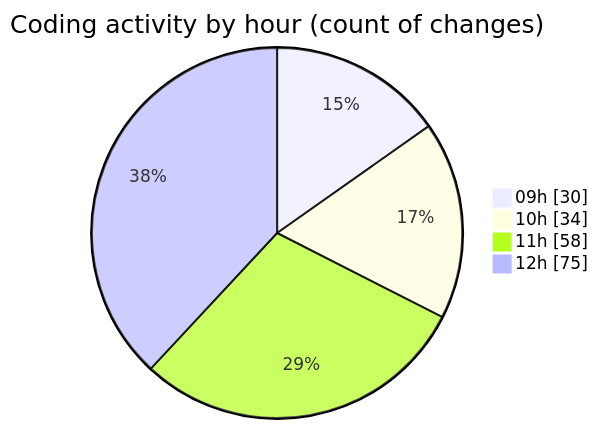
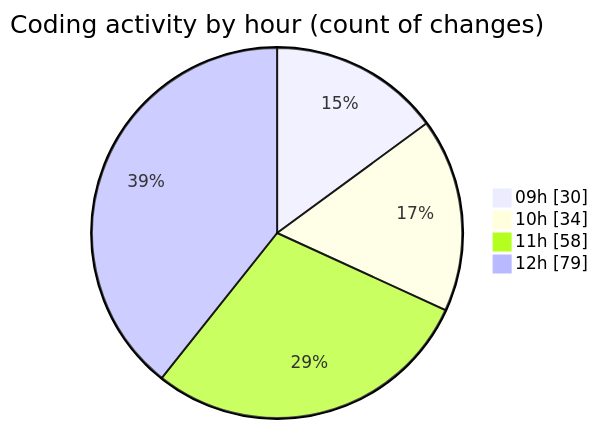
Before and after one commit to momahboobian/code-tracking: the second of 2 diagrams in 2025-04-02/cda/README.md, drawn with Mermaid. The commit also changed other lines of this file and 1 other file, not shown here.

````diff
--- a/2025-04-02/cda/README.md
+++ b/2025-04-02/cda/README.md
@@ -36,8 +36,8 @@
 ```mermaid
 pie showData
 title Coding activity by hour (count of changes)
 "09h" : 30
 "10h" : 34
 "11h" : 58
-"12h" : 75
+"12h" : 79
 ```
````
